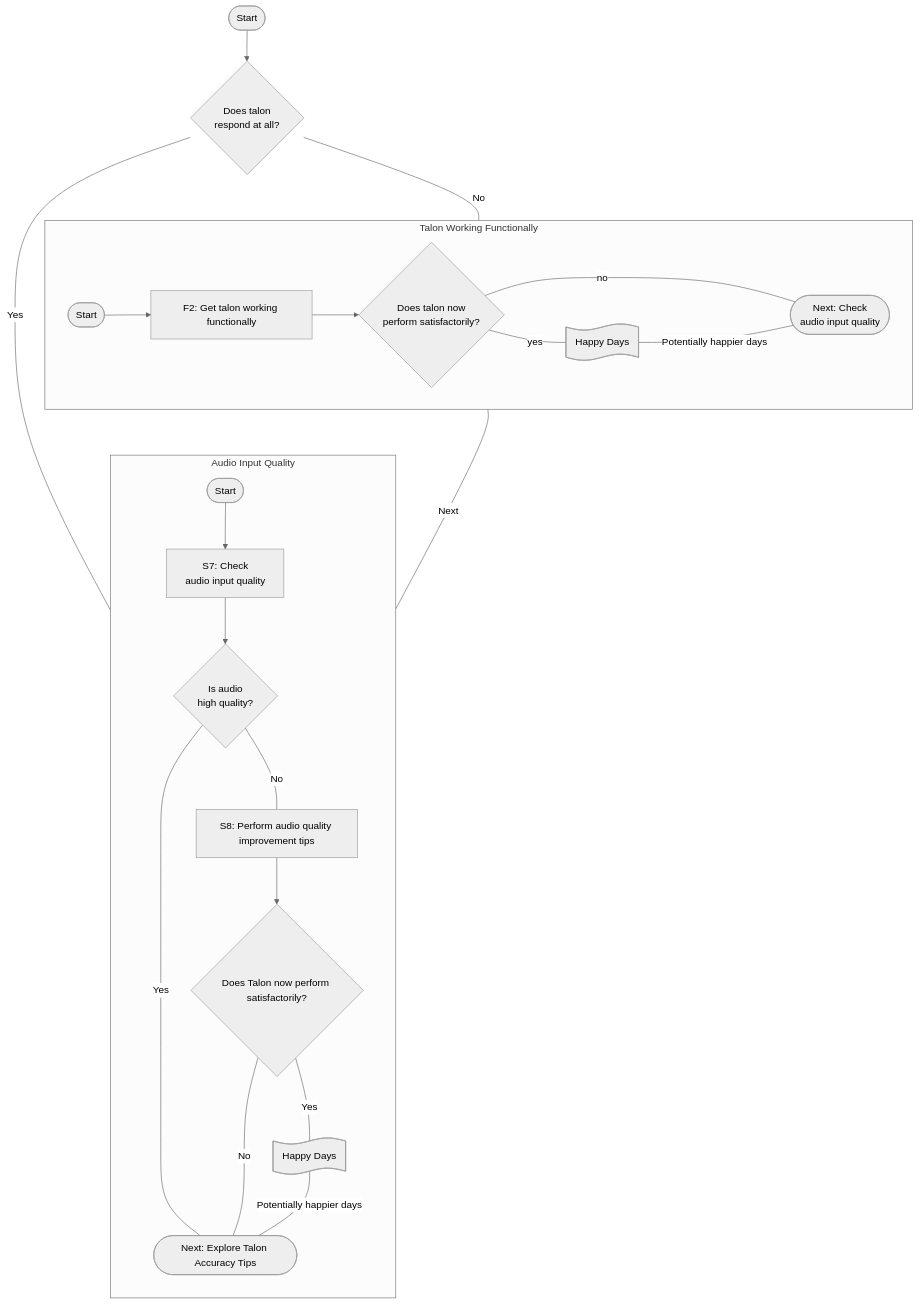
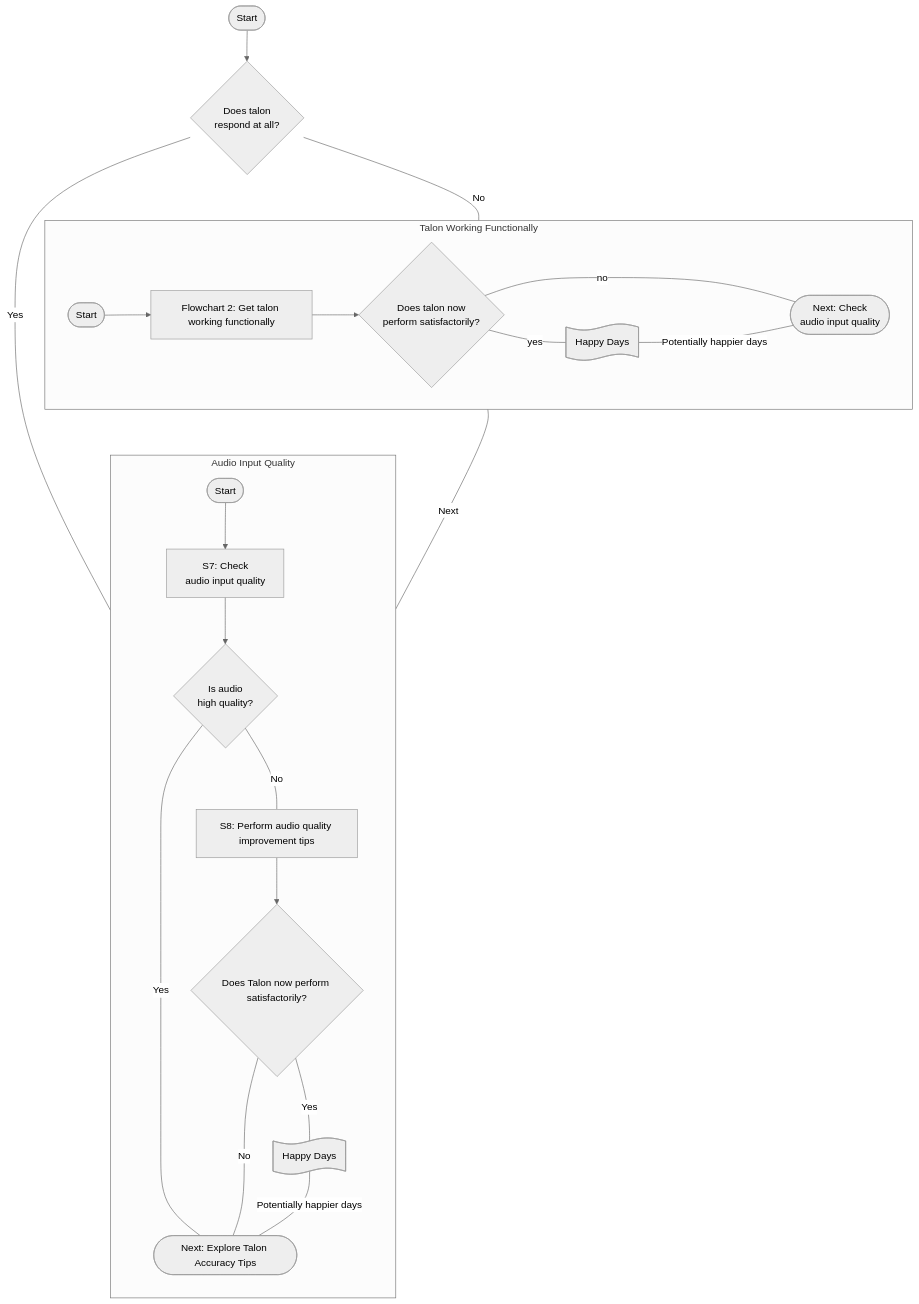
Before and after one commit to TalonCommunity/Wiki: the first of 2 diagrams in docs/Resource Hub/Troubleshooting/basic-issues.md, drawn with Mermaid (neutral theme). The commit also changed other lines of this file and 2 other files, not shown here.

````diff
--- a/docs/Resource Hub/Troubleshooting/basic-issues.md
+++ b/docs/Resource Hub/Troubleshooting/basic-issues.md
@@ -9,63 +9,63 @@
 ```mermaid
 graph TB
     start@{ shape: stadium, label: "Start"}
     start-->S1
 
     S1{Does talon 
         respond at all?}
     S1-- No ---g1_talon_functional
     S1-- Yes ---g2_audio_quality
 
     subgraph g1_talon_functional["Talon Working Functionally"]
         g1_start@{ shape: stadium, label: "Start"}
         g1_start-->g1_step1
 
-        g1_step1[F2: Get talon working functionally]
+        g1_step1[Flowchart 2: Get talon working functionally]
         g1_step1-->g1_test
 
         g1_test{Does talon now 
             perform satisfactorily?}
         g1_test-- yes ---g1_happy_days
         g1_test-- no ---g1_next
 
         g1_next@{ shape: stadium, label: "Next: Check 
             audio input quality"}
 
         g1_happy_days@{ shape: flag, label: "Happy Days"}
         g1_happy_days-- Potentially happier days ---g1_next
     end
 
     subgraph g2_audio_quality["Audio Input Quality"]
         direction TB
         g2_start@{ shape: stadium, label: "Start"}
         g2_start-->g2_check
 
         g2_check[S7: Check 
             audio input quality]
 
         g2_check-->g2_q1
 
         g2_q1{Is audio 
             high quality?}
         g2_q1-- No ---g2_q2
         g2_q1-- Yes ---g2_next[Next: Explore Talon Accuracy Tips]
 
         g2_q2[S8: Perform audio quality improvement tips]
         g2_q2-->g2_q3
 
         g2_q3{Does Talon now perform satisfactorily?}
         g2_q3-- Yes ---g2_happy_days
         g2_q3-- No ---g2_next
 
         g2_happy_days@{ shape: flag, label: "Happy Days"}
         g2_happy_days-- Potentially happier days ---g2_next
 
         g2_next@{ shape: stadium, label: "Next: Explore Talon Accuracy Tips"}
     end
     %% the following link is "invisible" and is only present for improving the layout %%
     g1_talon_functional ~~~ g2_audio_quality
 
     g1_talon_functional-- Next ---g2_audio_quality
 
 
 ```
````
